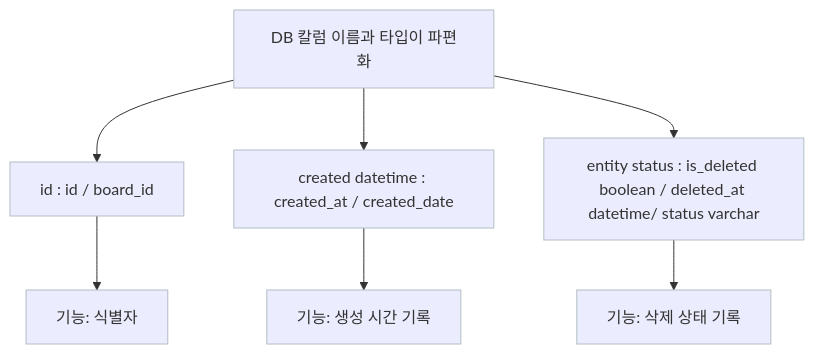
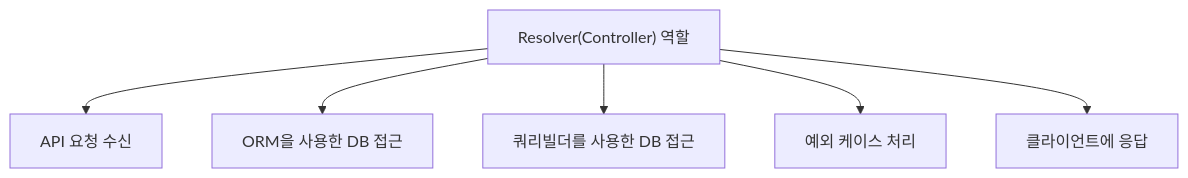
One commit to shp7408/career-architecture changed the diagram in asis/ARCHITECTURE-shp7408-04.md. Above: the diagram before and after it, drawn with Mermaid. The commit also changed other lines of this file and 1 other file, not shown here.

````diff
--- a/asis/ARCHITECTURE-shp7408-04.md
+++ b/asis/ARCHITECTURE-shp7408-04.md
@@ -26,15 +30,11 @@
 ```mermaid
+
 flowchart TD
-    A[DB 칼럼 이름과 타입이 파편화] --> B[id : id / board_id]
-    A --> C[created datetime : created_at / created_date]
-    A --> D[entity status : is_deleted boolean / deleted_at datetime/ status varchar]
+    A["Resolver(Controller) 역할"] --> B["API 요청 수신"]
+    A --> C["ORM을 사용한 DB 접근"]
+    A --> D["쿼리빌더를 사용한 DB 접근"]
+    A --> E["예외 케이스 처리"]
+    A --> F["클라이언트에 응답"]
 
-    B --> E[기능: 식별자]
-    C --> F[기능: 생성 시간 기록]
-    D --> G[기능: 삭제 상태 기록]
-
-
-    classDef default fill:#,stroke:#b2bec3,stroke-width:1px;
-    class A,B,C,D,E,F,G default;
-
+    class A,B,C,D,E,F,G,H default;
 ```
````
